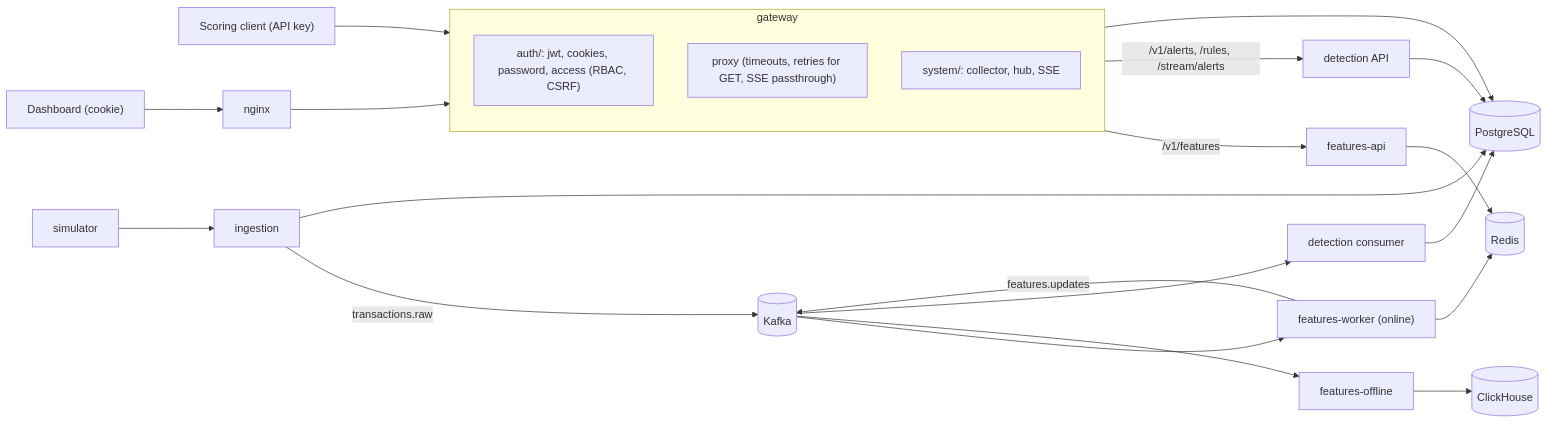
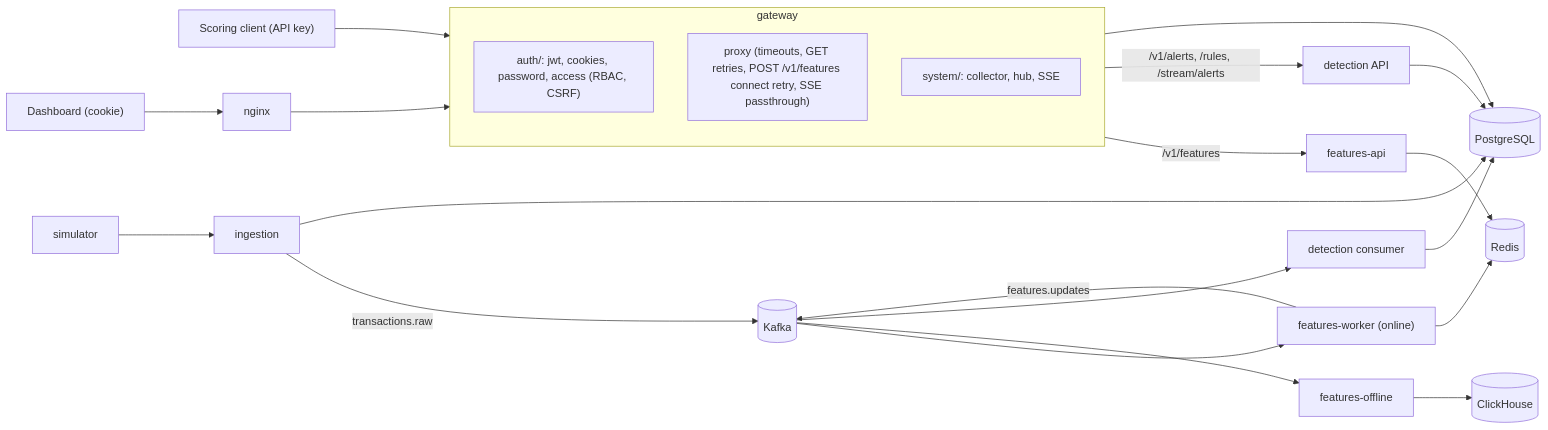
Before and after one commit to voiteshonok/FeatureStore: the first of 2 diagrams in docs/criteria/backend.md, drawn with Mermaid. The commit also changed 7 other files, not shown here.

Commit message:
fix: post retries

````diff
--- a/docs/criteria/backend.md
+++ b/docs/criteria/backend.md
@@ -66,23 +66,23 @@
 ```mermaid
 flowchart LR
   Client["Scoring client (API key)"] --> GW
   Browser["Dashboard (cookie)"] --> NG["nginx"] --> GW
   subgraph GW["gateway"]
     direction TB
     GA["auth/: jwt, cookies, password, access (RBAC, CSRF)"]
-    GP["proxy (timeouts, retries for GET, SSE passthrough)"]
+    GP["proxy (timeouts, GET retries, POST /v1/features connect retry, SSE passthrough)"]
     GS["system/: collector, hub, SSE"]
   end
   GW -->|/v1/features| FA["features-api"]
   GW -->|/v1/alerts, /rules, /stream/alerts| DET["detection API"]
   Sim["simulator"] --> ING["ingestion"]
   ING -->|transactions.raw| K[("Kafka")]
   K --> FW["features-worker (online)"] --> R[("Redis")]
   K --> FO["features-offline"] --> CH[("ClickHouse")]
   FW -->|features.updates| K
   K --> DC["detection consumer"] --> PG[("PostgreSQL")]
   FA --> R
   DET --> PG
   ING --> PG
   GW --> PG
 ```
````
